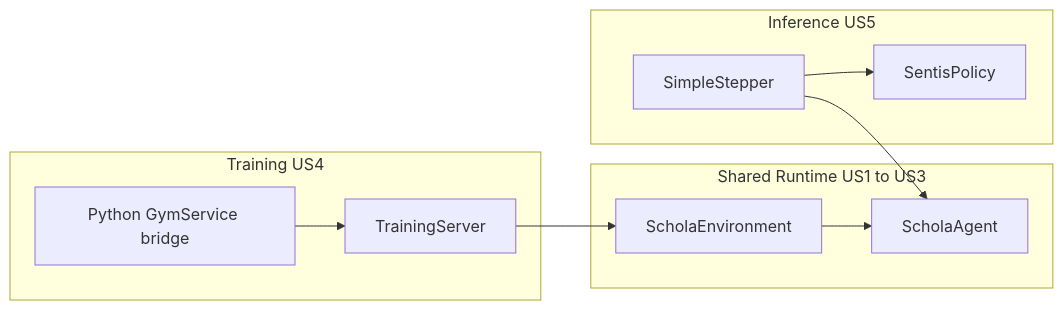
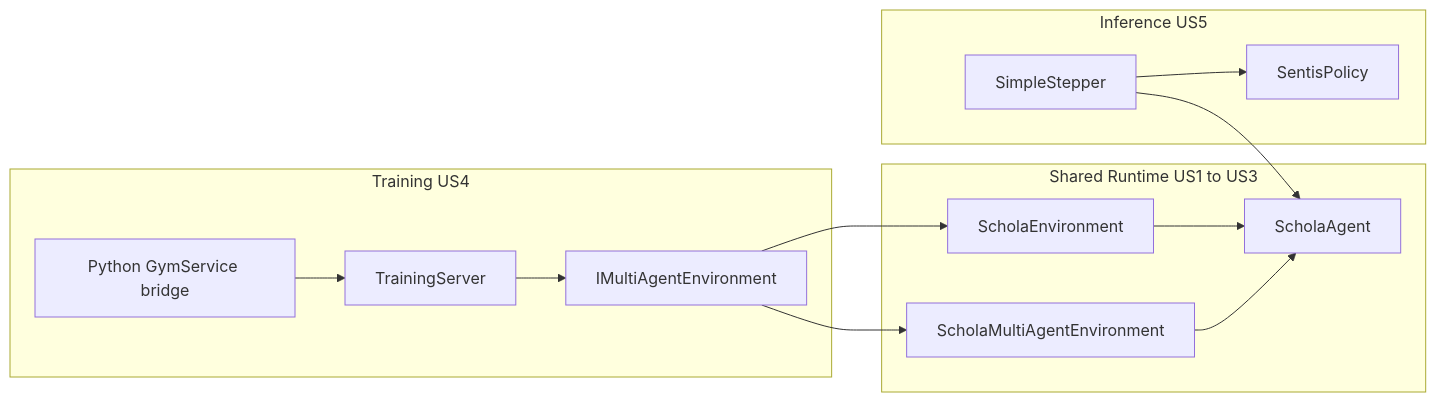
Before and after one commit to csc301-2026-f/11-AMD-Schola: the first of 17 diagrams in Unity/com.amd.schola/Documentation~/architecture/us1-us4-uml.md, drawn with Mermaid. The commit also changed other lines of this file, not shown here.

Commit message:
chore(us1-us4-uml.md): update UML diagram to reflect Multi Agent Environment functionality

````diff
--- a/Unity/com.amd.schola/Documentation~/architecture/us1-us4-uml.md
+++ b/Unity/com.amd.schola/Documentation~/architecture/us1-us4-uml.md
@@ -15,21 +15,26 @@
 ```mermaid
 flowchart LR
   subgraph shared ["Shared Runtime US1 to US3"]
     Agent["ScholaAgent"]
     Env["ScholaEnvironment"]
+    MultiEnv["ScholaMultiAgentEnvironment"]
     Env --> Agent
+    MultiEnv --> Agent
   end
 
   subgraph train ["Training US4"]
     Py["Python GymService bridge"]
     Server["TrainingServer"]
-    Py --> Server --> Env
+    MultiIface["IMultiAgentEnvironment"]
+    Py --> Server --> MultiIface
+    MultiIface --> Env
+    MultiIface --> MultiEnv
   end
 
   subgraph infer ["Inference US5"]
     Policy["SentisPolicy"]
     Stepper["SimpleStepper"]
     Stepper --> Agent
     Stepper --> Policy
   end
 ```
````
